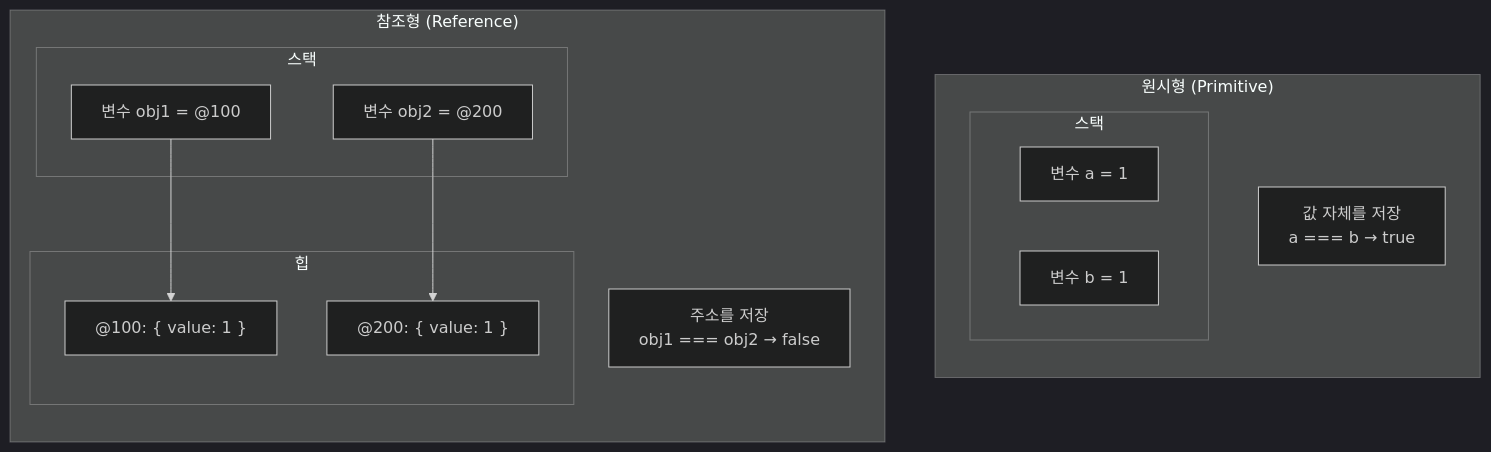
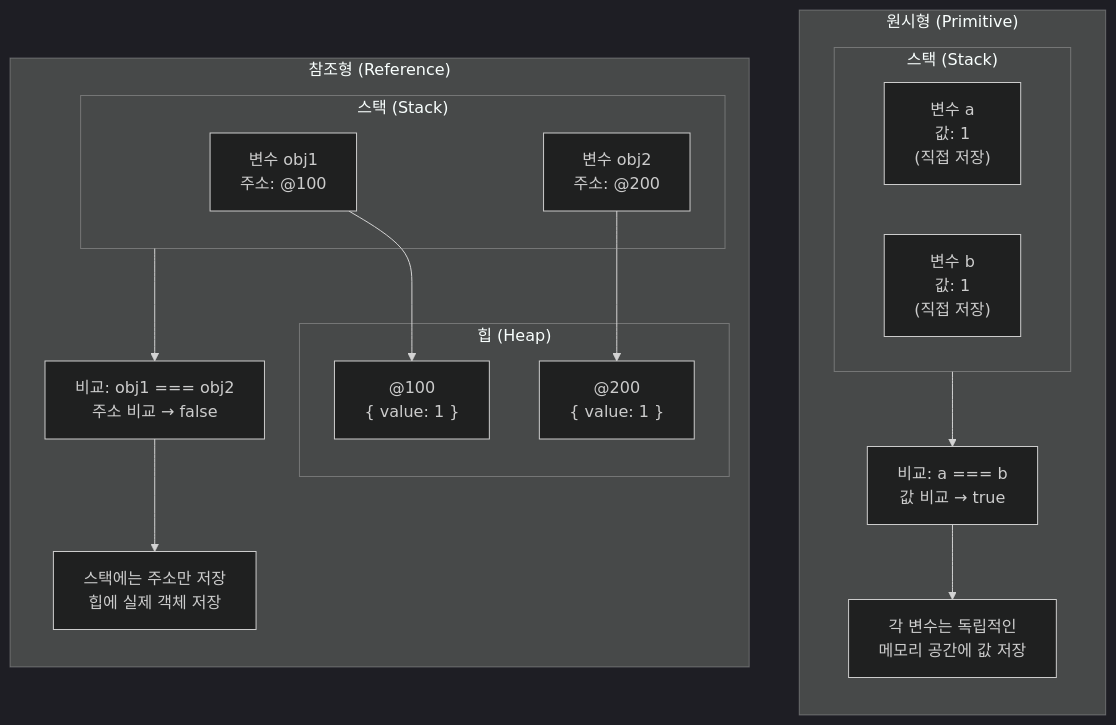
One commit to codefug/codefug.github.io changed the seventh of 17 diagrams in markdown/2026-01-18/ko/content.mdx. Above: the diagram before and after it, drawn with Mermaid (dark theme). The commit also changed other lines of this file, not shown here.

Commit message:
docs: 메모리 구조 설명 상세화 및 mermaid 다이어그램 개선

````diff
--- a/markdown/2026-01-18/ko/content.mdx
+++ b/markdown/2026-01-18/ko/content.mdx
@@ -129,27 +247,34 @@
 ```mermaid
 flowchart TB
     subgraph 원시형["원시형 (Primitive)"]
         direction TB
-        subgraph Stack1["스택"]
-            A["변수 a = 1"]
-            B["변수 b = 1"]
+        subgraph Stack1["스택 (Stack)"]
+            A["변수 a<br/>값: 1<br/>(직접 저장)"]
+            B["변수 b<br/>값: 1<br/>(직접 저장)"]
         end
-        Note1["값 자체를 저장<br/>a === b → true"]
+        Compare1["비교: a === b<br/>값 비교 → true"]
+        Note1["각 변수는 독립적인<br/>메모리 공간에 값 저장"]
     end
 
     subgraph 참조형["참조형 (Reference)"]
         direction TB
-        subgraph Stack2["스택"]
-            C["변수 obj1 = @100"]
-            D["변수 obj2 = @200"]
+        subgraph Stack2["스택 (Stack)"]
+            C["변수 obj1<br/>주소: @100"]
+            D["변수 obj2<br/>주소: @200"]
         end
-        subgraph Heap2["힙"]
-            O1["@100: { value: 1 }"]
-            O2["@200: { value: 1 }"]
+        subgraph Heap2["힙 (Heap)"]
+            O1["@100<br/>{ value: 1 }"]
+            O2["@200<br/>{ value: 1 }"]
         end
-        Note2["주소를 저장<br/>obj1 === obj2 → false"]
+        Compare2["비교: obj1 === obj2<br/>주소 비교 → false"]
+        Note2["스택에는 주소만 저장<br/>힙에 실제 객체 저장"]
     end
 
+    Stack1 --> Compare1
+    Compare1 --> Note1
+    
+    Stack2 --> Compare2
     C --> O1
     D --> O2
+    Compare2 --> Note2
 ```
````
